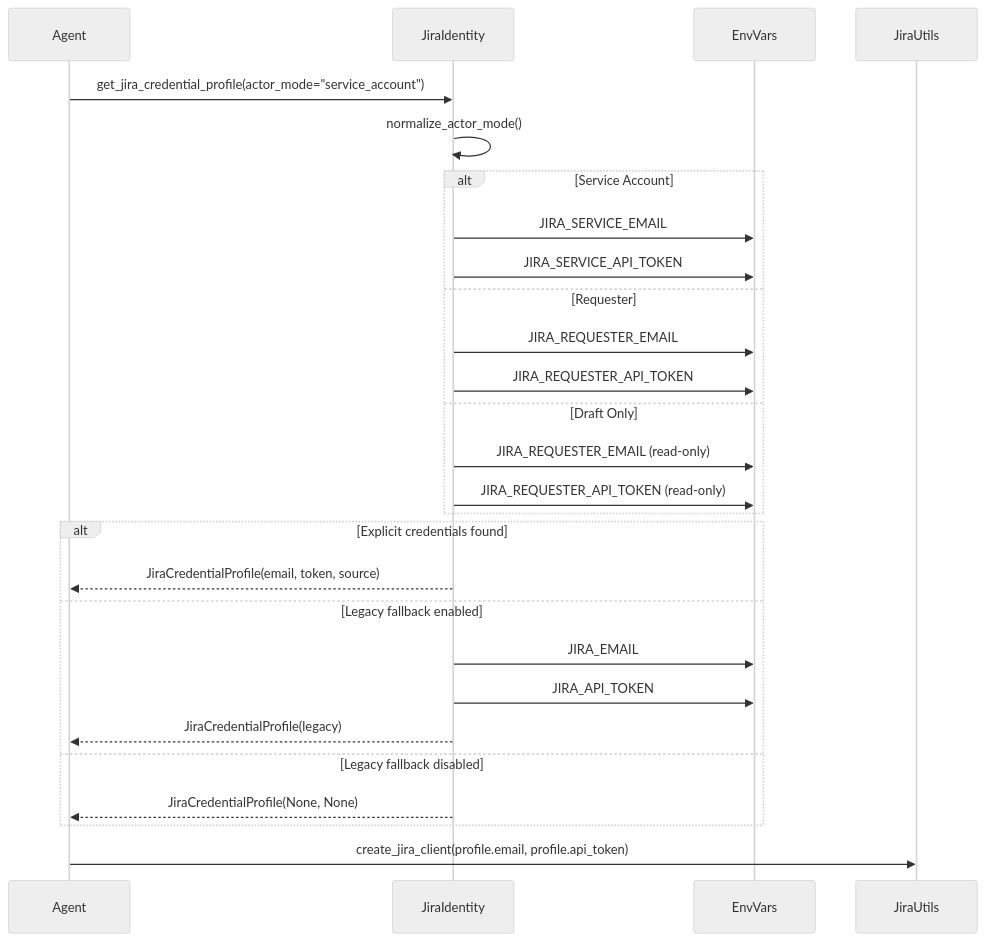
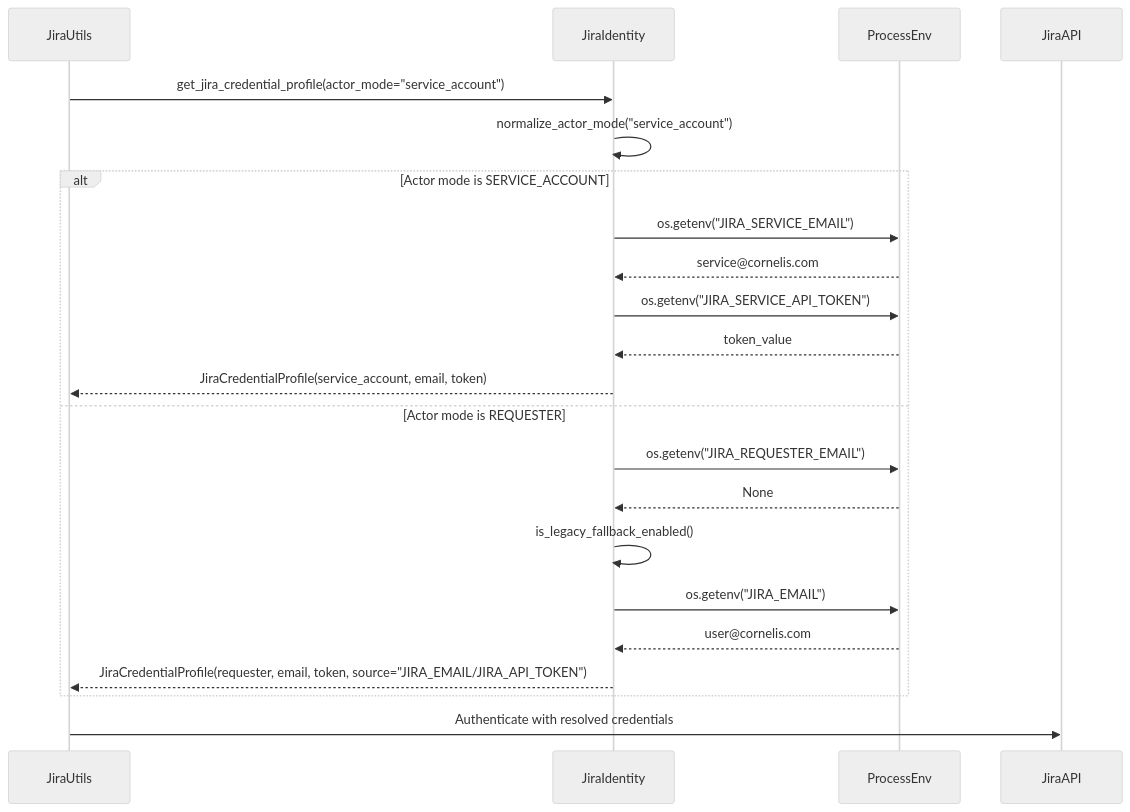
The third of 4 diagrams in docs/config.md (jmac-cornelis/agent-workforce), drawn with Mermaid (neutral theme) before and after one commit. The commit also changed other lines of this file and 7 other files, not shown here.

````diff
--- a/docs/config.md
+++ b/docs/config.md
@@ -79,33 +101,27 @@
 ```mermaid
 sequenceDiagram
-    participant Agent
+    participant JiraUtils
     participant JiraIdentity
-    participant EnvVars
-    participant JiraUtils
+    participant ProcessEnv
+    participant JiraAPI
     
-    Agent->>JiraIdentity: get_jira_credential_profile(actor_mode="service_account")
-    JiraIdentity->>JiraIdentity: normalize_actor_mode()
+    JiraUtils->>JiraIdentity: get_jira_credential_profile(actor_mode="service_account")
+    JiraIdentity->>JiraIdentity: normalize_actor_mode("service_account")
     
-    alt Service Account
-        JiraIdentity->>EnvVars: JIRA_SERVICE_EMAIL
-        JiraIdentity->>EnvVars: JIRA_SERVICE_API_TOKEN
-    else Requester
-        JiraIdentity->>EnvVars: JIRA_REQUESTER_EMAIL
-        JiraIdentity->>EnvVars: JIRA_REQUESTER_API_TOKEN
-    else Draft Only
-        JiraIdentity->>EnvVars: JIRA_REQUESTER_EMAIL (read-only)
-        JiraIdentity->>EnvVars: JIRA_REQUESTER_API_TOKEN (read-only)
+    alt Actor mode is SERVICE_ACCOUNT
+        JiraIdentity->>ProcessEnv: os.getenv("JIRA_SERVICE_EMAIL")
+        ProcessEnv-->>JiraIdentity: service@cornelis.com
+        JiraIdentity->>ProcessEnv: os.getenv("JIRA_SERVICE_API_TOKEN")
+        ProcessEnv-->>JiraIdentity: token_value
+        JiraIdentity-->>JiraUtils: JiraCredentialProfile(service_account, email, token)
+    else Actor mode is REQUESTER
+        JiraIdentity->>ProcessEnv: os.getenv("JIRA_REQUESTER_EMAIL")
+        ProcessEnv-->>JiraIdentity: None
+        JiraIdentity->>JiraIdentity: is_legacy_fallback_enabled()
+        JiraIdentity->>ProcessEnv: os.getenv("JIRA_EMAIL")
+        ProcessEnv-->>JiraIdentity: user@cornelis.com
+        JiraIdentity-->>JiraUtils: JiraCredentialProfile(requester, email, token, source="JIRA_EMAIL/JIRA_API_TOKEN")
     end
     
-    alt Explicit credentials found
-        JiraIdentity-->>Agent: JiraCredentialProfile(email, token, source)
-    else Legacy fallback enabled
-        JiraIdentity->>EnvVars: JIRA_EMAIL
-        JiraIdentity->>EnvVars: JIRA_API_TOKEN
-        JiraIdentity-->>Agent: JiraCredentialProfile(legacy)
-    else Legacy fallback disabled
-        JiraIdentity-->>Agent: JiraCredentialProfile(None, None)
-    end
-    
-    Agent->>JiraUtils: create_jira_client(profile.email, profile.api_token)
+    JiraUtils->>JiraAPI: Authenticate with resolved credentials
 ```
````
